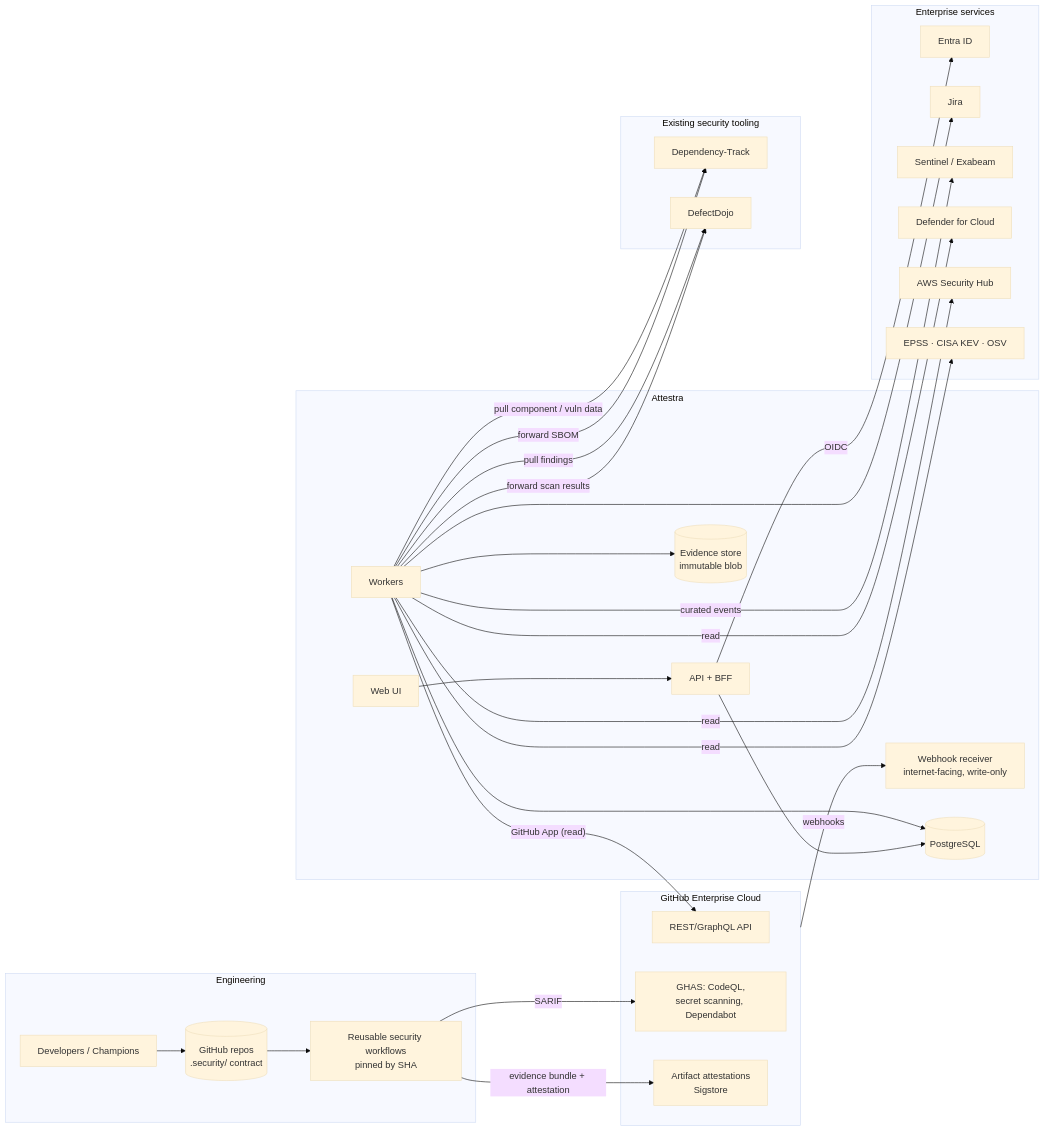
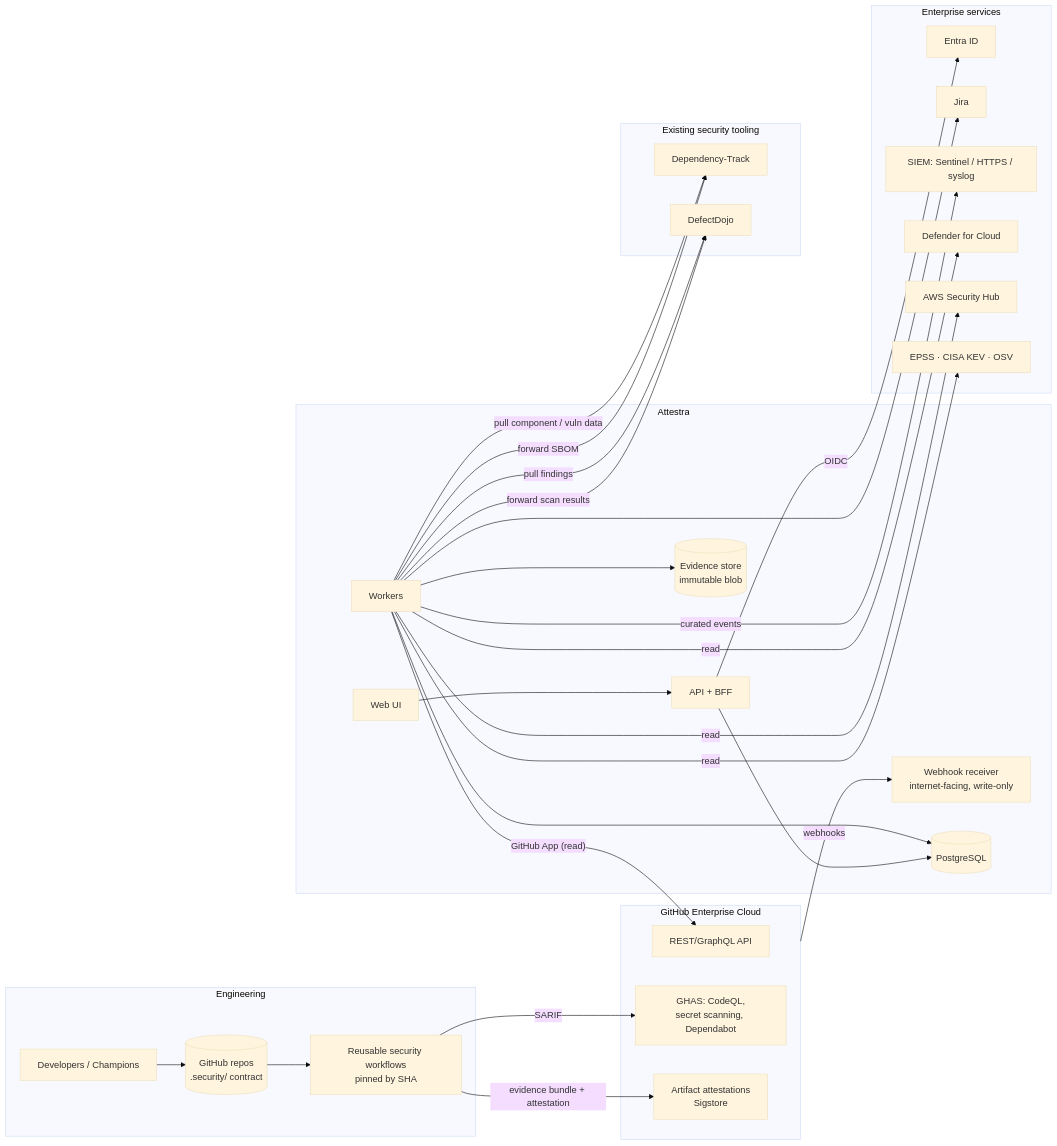
Before and after one commit to cipherfort/attestra: the first of 3 diagrams in docs/architecture/02-platform-architecture.md, drawn with Mermaid (base theme). The commit also changed other lines of this file and 63 other files, not shown here.

Commit message:
docs: neutral organization terms; any SIEM over HTTPS or syslog (#26)

````diff
--- a/docs/architecture/02-platform-architecture.md
+++ b/docs/architecture/02-platform-architecture.md
@@ -30,53 +30,53 @@
 ```mermaid
 flowchart LR
   subgraph Eng[Engineering]
     Dev[Developers / Champions]
     Repo[(GitHub repos<br/>.security/ contract)]
     WF[Reusable security workflows<br/>pinned by SHA]
   end
   subgraph GH[GitHub Enterprise Cloud]
     GHAPI[REST/GraphQL API]
     GHAS[GHAS: CodeQL,<br/>secret scanning, Dependabot]
     ATT[Artifact attestations<br/>Sigstore]
   end
   subgraph Plat[Attestra]
     HOOK[Webhook receiver<br/>internet-facing, write-only]
     API[API + BFF]
     UI[Web UI]
     WRK[Workers]
     DB[(PostgreSQL)]
     BLOB[(Evidence store<br/>immutable blob)]
   end
   subgraph Tools[Existing security tooling]
     DT[Dependency-Track]
     DD[DefectDojo]
   end
   subgraph Ext[Enterprise services]
     ENTRA[Entra ID]
     JIRA[Jira]
-    SENT[Sentinel / Exabeam]
+    SENT[SIEM: Sentinel / HTTPS / syslog]
     DFC[Defender for Cloud]
     SH[AWS Security Hub]
     FEEDS[EPSS · CISA KEV · OSV]
   end
 
   Dev --> Repo --> WF
   WF -- SARIF --> GHAS
   WF -- evidence bundle + attestation --> ATT
   GH -- webhooks --> HOOK
   WRK -- GitHub App (read) --> GHAPI
   WRK -- forward SBOM --> DT
   WRK -- forward scan results --> DD
   WRK -- pull findings --> DD
   WRK -- pull component / vuln data --> DT
   WRK --> JIRA
   WRK -- curated events --> SENT
   WRK -- read --> DFC
   WRK -- read --> SH
   WRK -- read --> FEEDS
   UI --> API
   API --> DB
   WRK --> DB
   WRK --> BLOB
   API -- OIDC --> ENTRA
 ```
````
